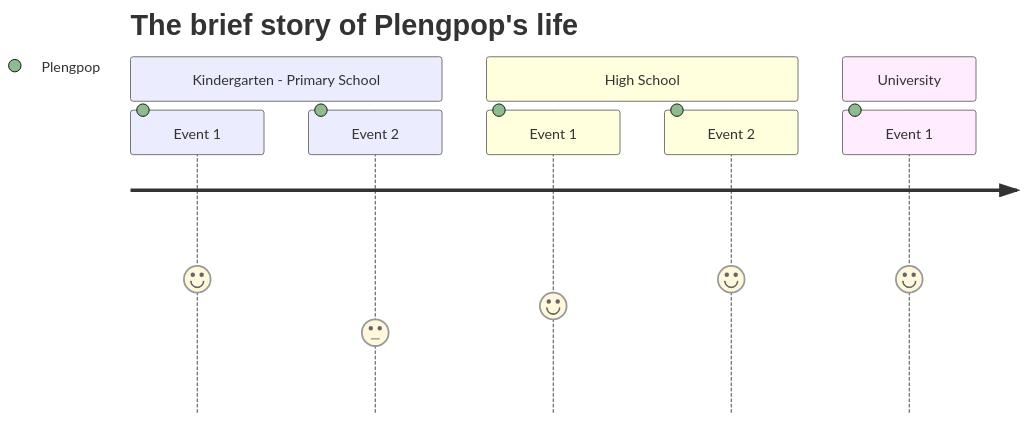
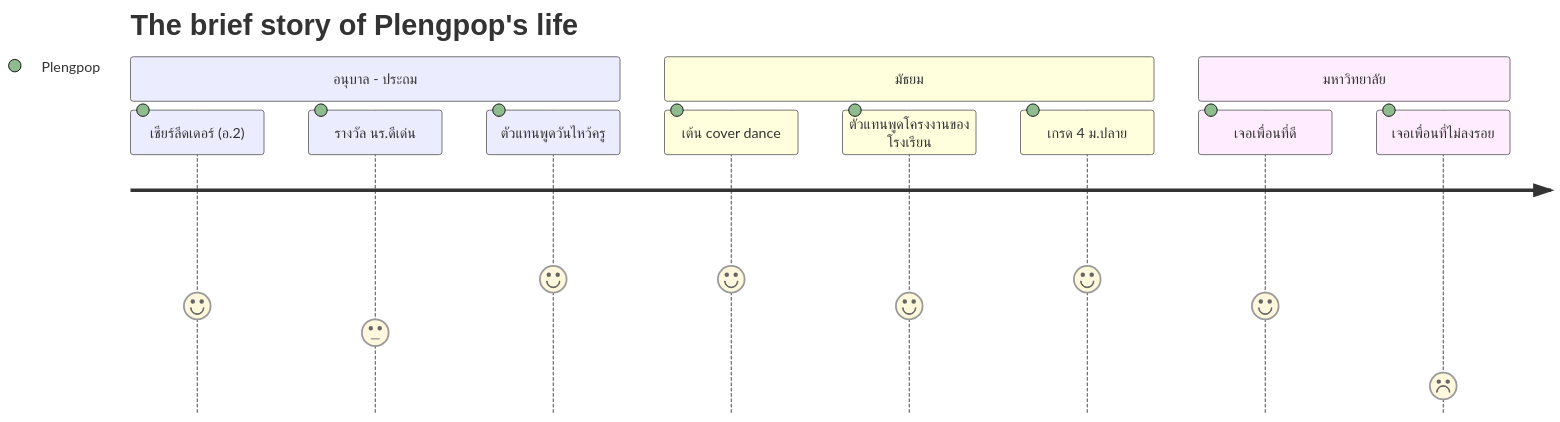
The diagram in G2-10.md (ChinnaphatLoha/g2-10-PODHII), drawn with Mermaid before and after one commit.

````diff
--- a/G2-10.md
+++ b/G2-10.md
@@ -162,12 +162,15 @@
 ```mermaid
 journey
     title The brief story of Plengpop's life
-    section Kindergarten - Primary School
-      Event 1: 5: Plengpop
-      Event 2: 3: Plengpop
-    section High School
-      Event 1: 4: Plengpop
-      Event 2: 5: Plengpop
-    section University
-      Event 1: 5: Plengpop
+    section อนุบาล - ประถม
+      เชียร์ลีดเดอร์ (อ.2): 4: Plengpop
+      รางวัล นร.ดีเด่น: 3: Plengpop
+      ตัวแทนพูดวันไหว้ครู: 5: Plengpop
+    section มัธยม
+      เต้น cover dance: 5: Plengpop
+      ตัวแทนพูดโครงงานของโรงเรียน: 4: Plengpop
+      เกรด 4 ม.ปลาย: 5: Plengpop
+    section มหาวิทยาลัย
+      เจอเพื่อนที่ดี: 4: Plengpop
+      เจอเพื่อนที่ไม่ลงรอย: 1: Plengpop
 ```
````
